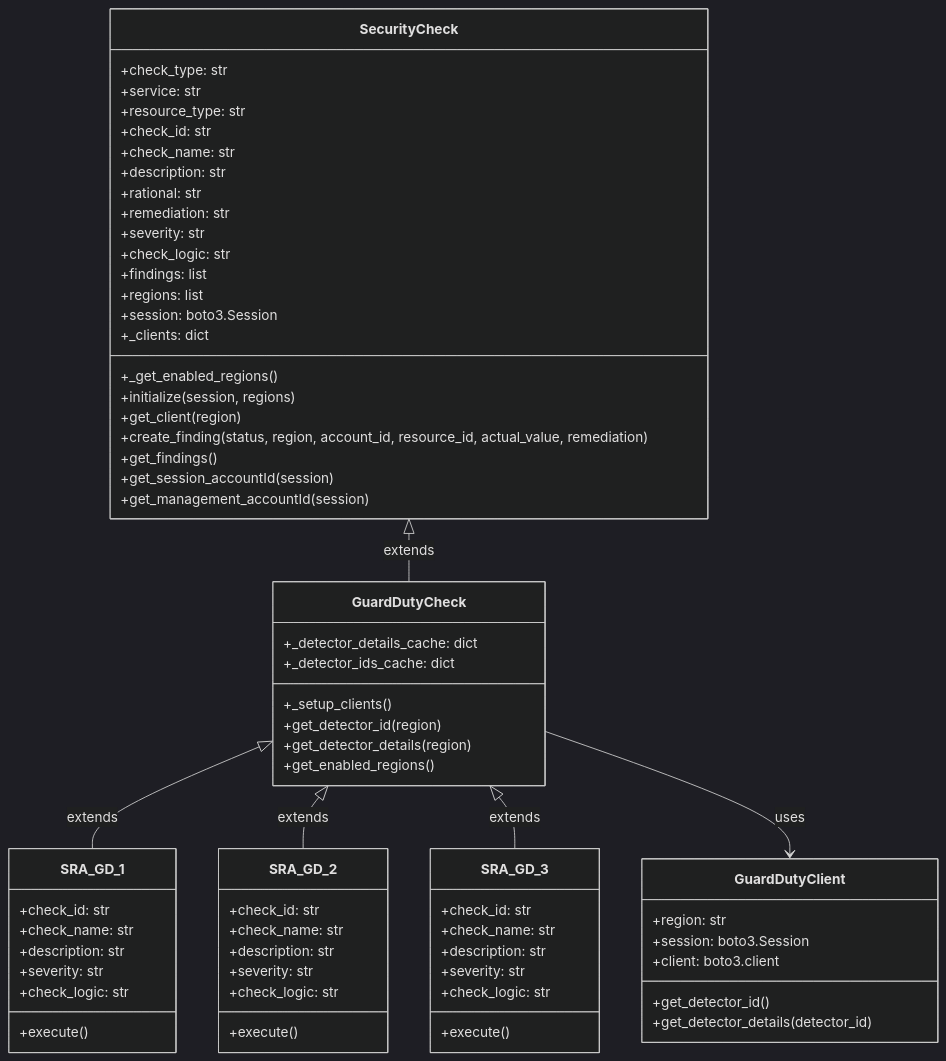
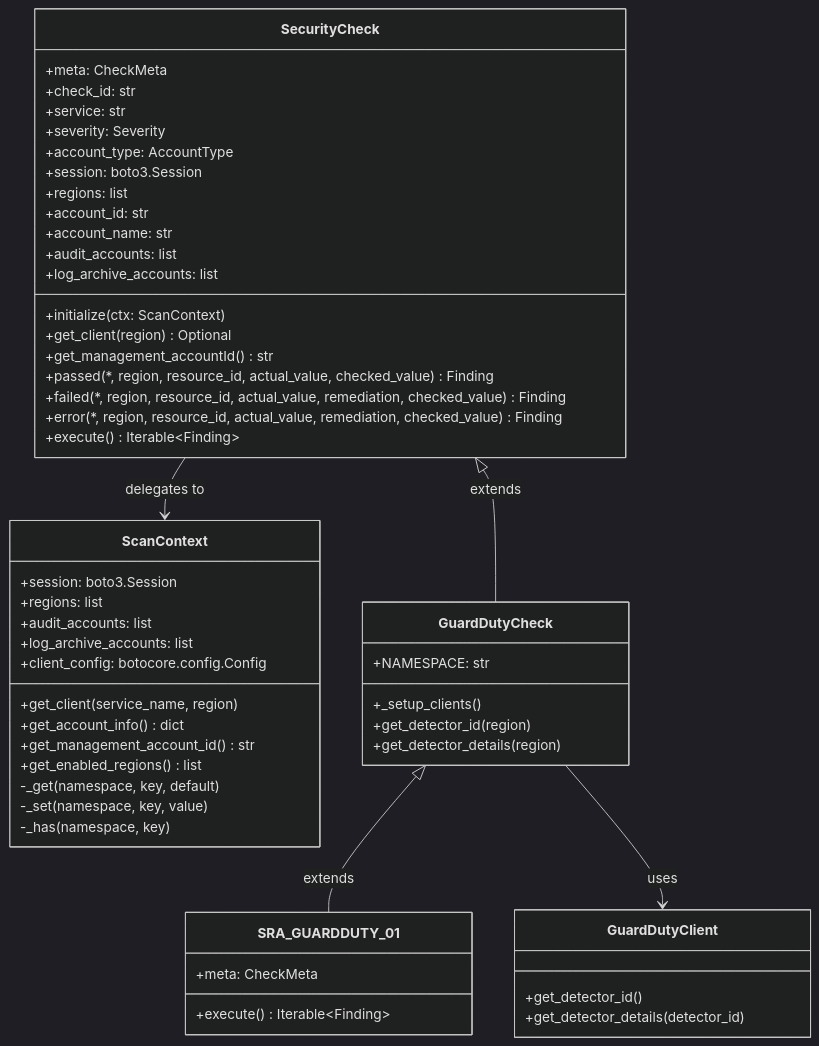
The diagram in sraverify/README.md (awslabs/sra-verify), drawn with Mermaid (dark theme) before and after one commit. The commit also changed other lines of this file and 4 other files, not shown here.

````diff
--- a/sraverify/README.md
+++ b/sraverify/README.md
@@ -37,78 +66,60 @@
 ```mermaid
 classDiagram
     class SecurityCheck {
-        +check_type: str
+        +meta: CheckMeta
+        +check_id: str
         +service: str
-        +resource_type: str
-        +check_id: str
-        +check_name: str
-        +description: str
-        +rational: str
-        +remediation: str
-        +severity: str
-        +check_logic: str
-        +findings: list
+        +severity: Severity
+        +account_type: AccountType
+        +session: boto3.Session
         +regions: list
+        +account_id: str
+        +account_name: str
+        +audit_accounts: list
+        +log_archive_accounts: list
+        +initialize(ctx: ScanContext)
+        +get_client(region) Optional
+        +get_management_accountId() str
+        +passed(*, region, resource_id, actual_value, checked_value) Finding
+        +failed(*, region, resource_id, actual_value, remediation, checked_value) Finding
+        +error(*, region, resource_id, actual_value, remediation, checked_value) Finding
+        +execute() Iterable~Finding~
+    }
+
+    class ScanContext {
         +session: boto3.Session
-        +_clients: dict
-
-        +_get_enabled_regions()
-        +initialize(session, regions)
-        +get_client(region)
-        +create_finding(status, region, account_id, resource_id, actual_value, remediation)
-        +get_findings()
-        +get_session_accountId(session)
-        +get_management_accountId(session)
+        +regions: list
+        +audit_accounts: list
+        +log_archive_accounts: list
+        +client_config: botocore.config.Config
+        +get_client(service_name, region)
+        +get_account_info() dict
+        +get_management_account_id() str
+        +get_enabled_regions() list
+        -_get(namespace, key, default)
+        -_set(namespace, key, value)
+        -_has(namespace, key)
     }
 
     class GuardDutyCheck {
-        +_detector_details_cache: dict
-        +_detector_ids_cache: dict
+        +NAMESPACE: str
         +_setup_clients()
         +get_detector_id(region)
         +get_detector_details(region)
-        +get_enabled_regions()
     }
 
     class GuardDutyClient {
-        +region: str
-        +session: boto3.Session
-        +client: boto3.client
         +get_detector_id()
         +get_detector_details(detector_id)
     }
 
-    class SRA_GD_1 {
-        +check_id: str
-        +check_name: str
-        +description: str
-        +severity: str
-        +check_logic: str
-        +execute()
-    }
-
-    class SRA_GD_2 {
-        +check_id: str
-        +check_name: str
-        +description: str
-        +severity: str
-        +check_logic: str
-        +execute()
-    }
-
-    class SRA_GD_3 {
-        +check_id: str
-        +check_name: str
-        +description: str
-        +severity: str
-        +check_logic: str
-        +execute()
+    class SRA_GUARDDUTY_01 {
+        +meta: CheckMeta
+        +execute() Iterable~Finding~
     }
 
     SecurityCheck <|-- GuardDutyCheck : extends
-    GuardDutyCheck <|-- SRA_GD_1 : extends
-    GuardDutyCheck <|-- SRA_GD_2 : extends
-    GuardDutyCheck <|-- SRA_GD_3 : extends
-
-    GuardDutyCheck --> GuardDutyClient :  uses
+    GuardDutyCheck <|-- SRA_GUARDDUTY_01 : extends
+    GuardDutyCheck --> GuardDutyClient : uses
+    SecurityCheck --> ScanContext : delegates to
 ```
````
